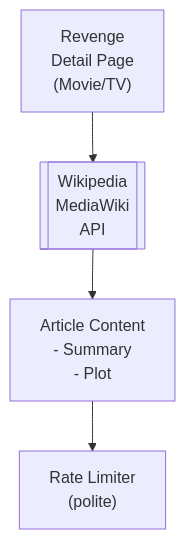
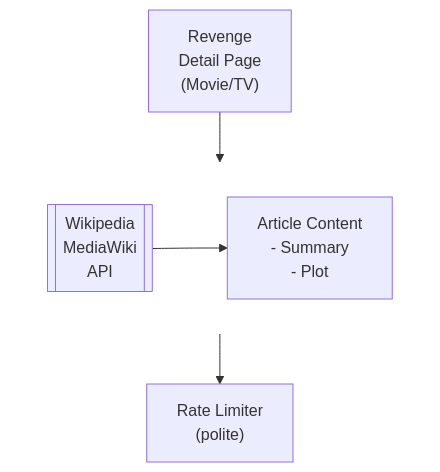
The diagram in docs/dev/design/integrations/wiki/WIKIPEDIA.md (lusoris/revenge), drawn with Mermaid before and after one commit. The commit also changed 210 other files, not shown here.

First line of the commit message:
feat(docs): Add horizontal layout support for Mermaid diagrams

````diff
--- a/docs/dev/design/integrations/wiki/WIKIPEDIA.md
+++ b/docs/dev/design/integrations/wiki/WIKIPEDIA.md
@@ -57,10 +57,16 @@
 ```mermaid
 flowchart TD
     node1["Revenge<br/>Detail Page<br/>(Movie/TV)"]
-    node2[["Wikipedia<br/>MediaWiki<br/>API"]]
-    node3["Article Content<br/>- Summary<br/>- Plot"]
+    subgraph row1[ ]
+        direction LR
+        node2[["Wikipedia<br/>MediaWiki<br/>API"]]
+        node3["Article Content<br/>- Summary<br/>- Plot"]
+    end
     node4["Rate Limiter<br/>(polite)"]
     node2 --> node3
     node1 --> node2
     node3 --> node4
+
+    %% Hide row subgraph borders
+    style row1 fill:transparent,stroke:transparent
 ```
````
